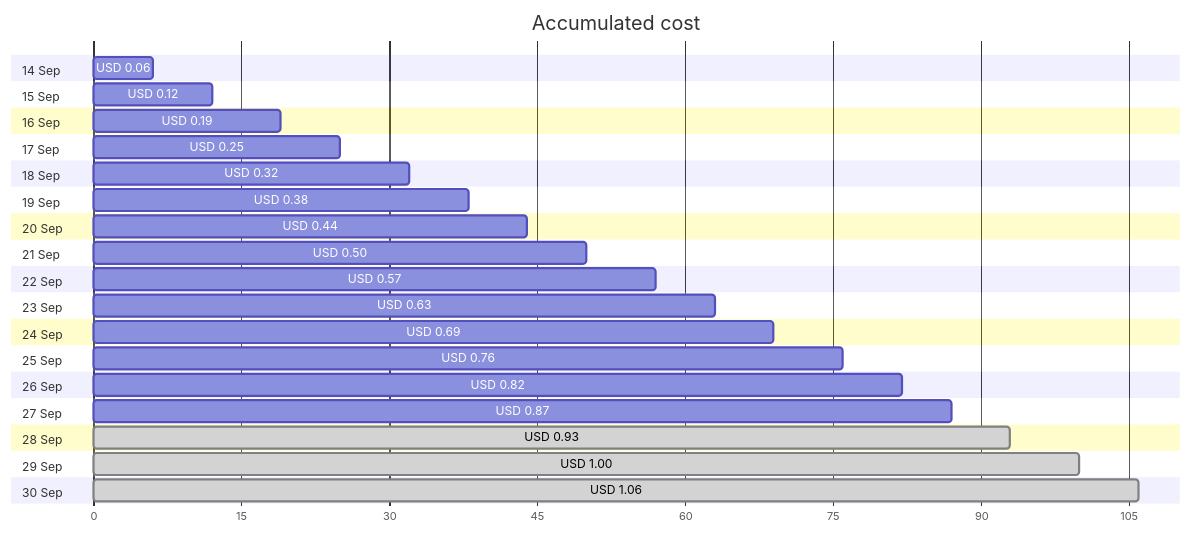
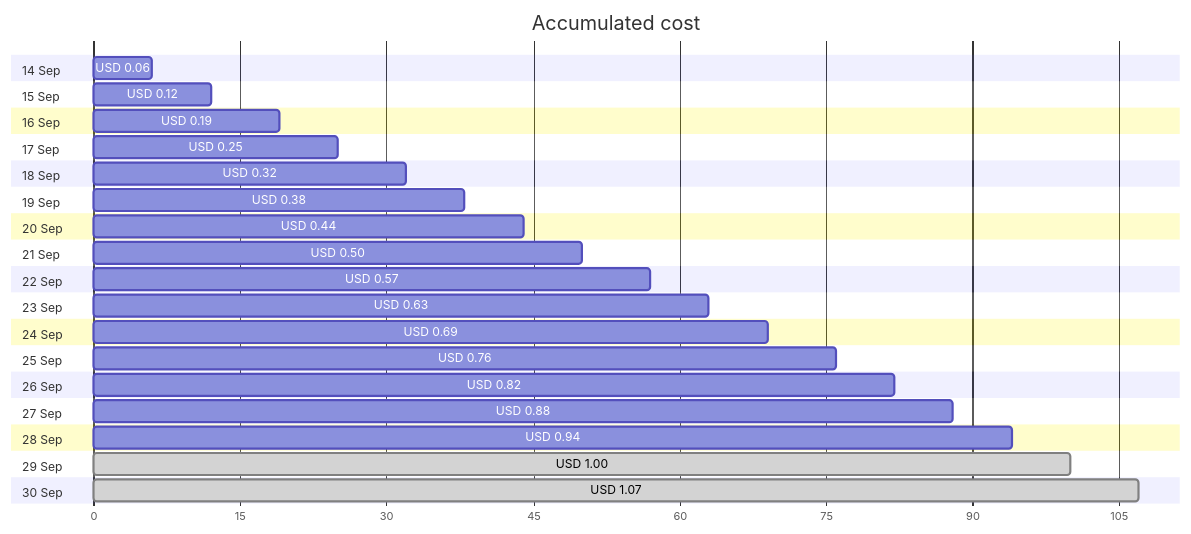
One commit to jpfulton/azure-personal-reports changed the first of 4 diagrams in cost-reports/personal-network/backup-server_OsDisk.md. Above: the diagram before and after it, drawn with Mermaid. The commit also changed other lines of this file and 9 other files, not shown here.

````diff
--- a/cost-reports/personal-network/backup-server_OsDisk.md
+++ b/cost-reports/personal-network/backup-server_OsDisk.md
@@ -20,40 +20,40 @@
 ```mermaid
 gantt
    title Accumulated cost
    dateFormat  X
    axisFormat %s
    section 14 Sep
    USD 0.06 :0, 6
    section 15 Sep
    USD 0.12 :0, 12
    section 16 Sep
    USD 0.19 :0, 19
    section 17 Sep
    USD 0.25 :0, 25
    section 18 Sep
    USD 0.32 :0, 32
    section 19 Sep
    USD 0.38 :0, 38
    section 20 Sep
    USD 0.44 :0, 44
    section 21 Sep
    USD 0.50 :0, 50
    section 22 Sep
    USD 0.57 :0, 57
    section 23 Sep
    USD 0.63 :0, 63
    section 24 Sep
    USD 0.69 :0, 69
    section 25 Sep
    USD 0.76 :0, 76
    section 26 Sep
    USD 0.82 :0, 82
    section 27 Sep
-   USD 0.87 :0, 87
+   USD 0.88 :0, 88
    section 28 Sep
-   USD 0.93 : done, 0, 93
+   USD 0.94 :0, 94
    section 29 Sep
    USD 1.00 : done, 0, 100
    section 30 Sep
-   USD 1.06 : done, 0, 106
+   USD 1.07 : done, 0, 107
 ```
````
